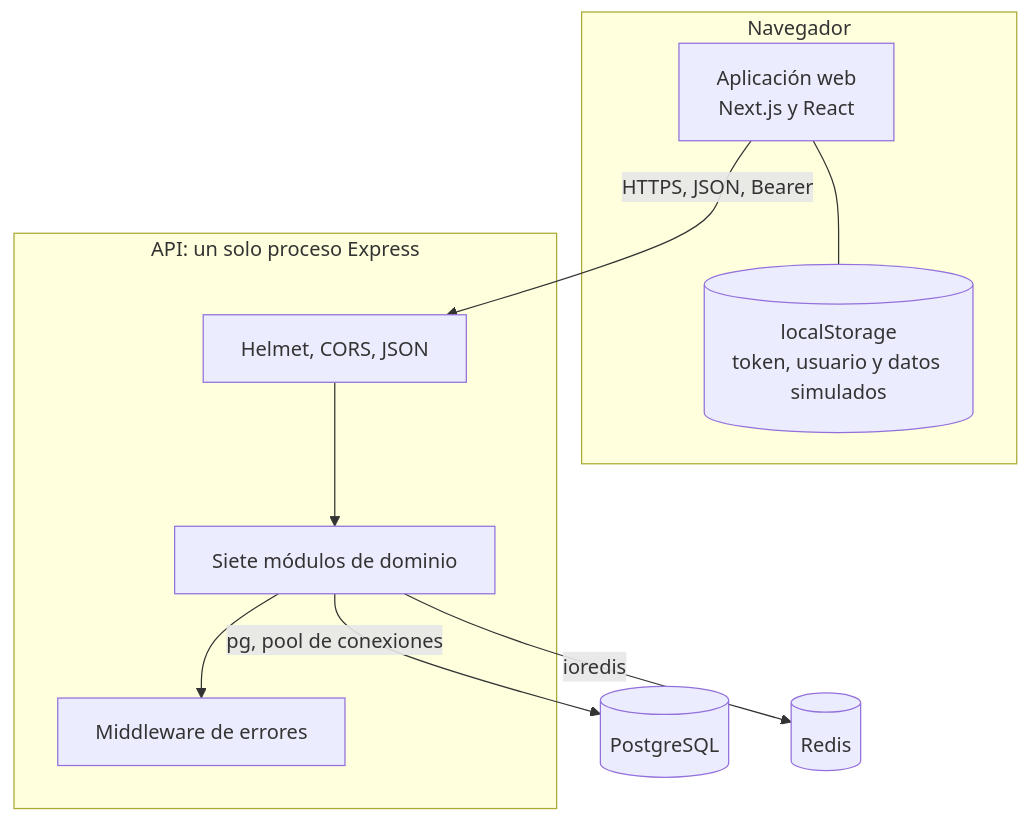
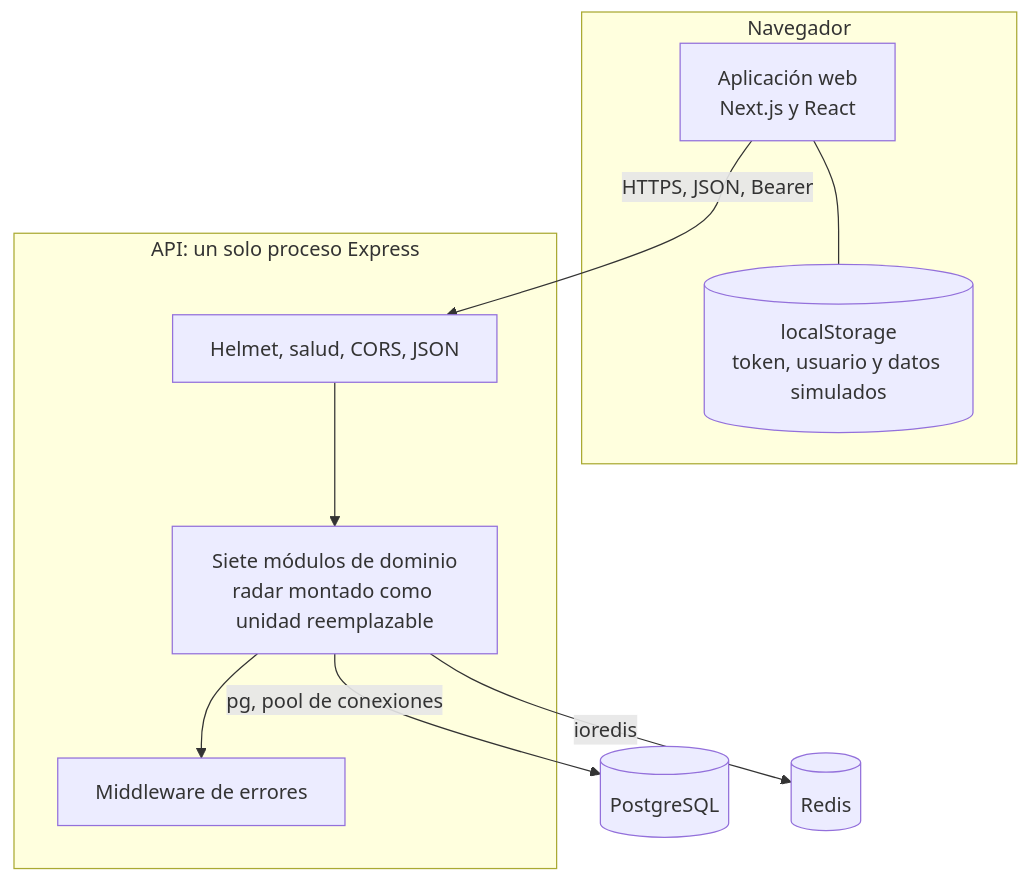
Before and after one commit to pillacarodriguezuriel-a11y/social_unsch: the diagram in docs/02-arquitectura-de-software/01-arquitectura-actual.md, drawn with Mermaid. The commit also changed other lines of this file and 41 other files, not shown here.

````diff
--- a/docs/02-arquitectura-de-software/01-arquitectura-actual.md
+++ b/docs/02-arquitectura-de-software/01-arquitectura-actual.md
@@ -23,20 +23,20 @@
 ```mermaid
 flowchart TB
     subgraph Navegador
         WEB["Aplicación web<br/>Next.js y React"]
         LS[("localStorage<br/>token, usuario y datos simulados")]
     end
     subgraph Proceso_API["API: un solo proceso Express"]
-        MW["Helmet, CORS, JSON"]
-        MOD["Siete módulos de dominio"]
+        MW["Helmet, salud, CORS, JSON"]
+        MOD["Siete módulos de dominio<br/>radar montado como unidad reemplazable"]
         ERR["Middleware de errores"]
     end
     PG[("PostgreSQL")]
     RD[("Redis")]
 
     WEB -- "HTTPS, JSON, Bearer" --> MW
     WEB --- LS
     MW --> MOD --> ERR
     MOD -- "pg, pool de conexiones" --> PG
     MOD -- "ioredis" --> RD
 ```
````
